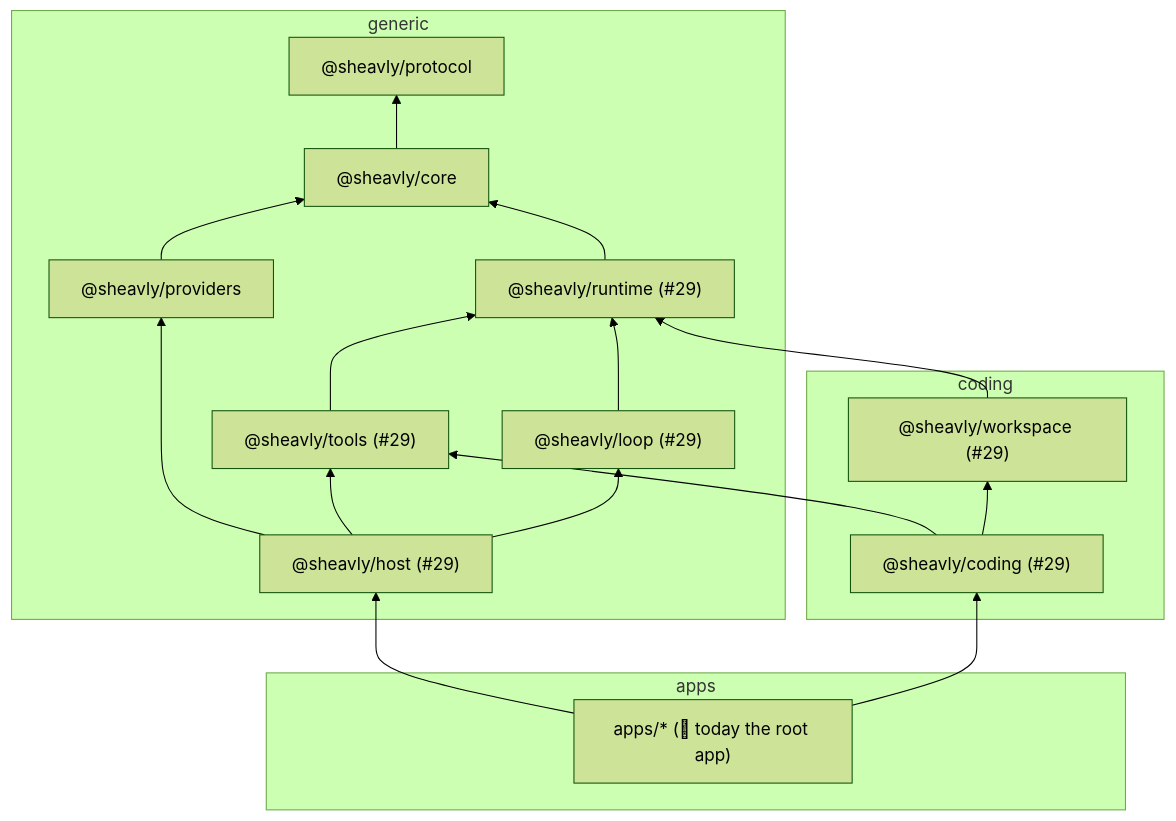
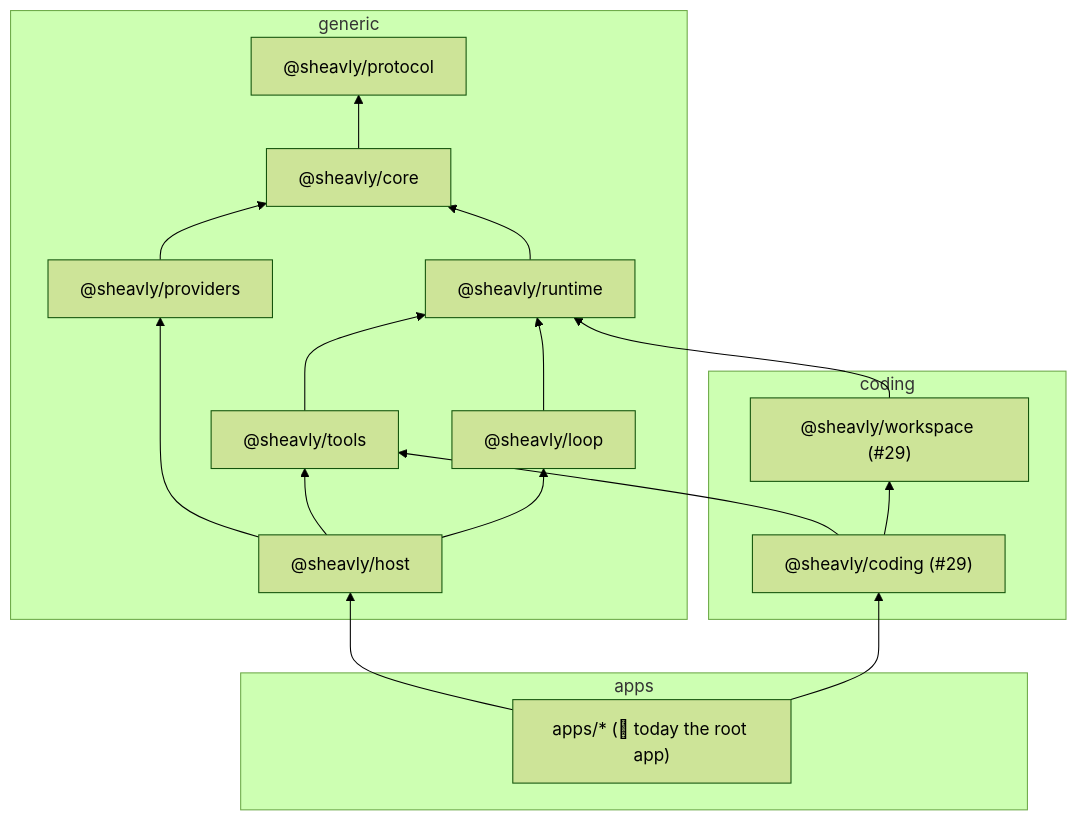
Before and after one commit to Sheavly/code: the diagram in docs/overview.md, drawn with Mermaid (forest theme). The commit also changed other lines of this file and 41 other files, not shown here.

First line of the commit message:
refactor(host): move createHarness into @sheavly/host (#116)

````diff
--- a/docs/overview.md
+++ b/docs/overview.md
@@ -36,28 +36,28 @@
 ```mermaid
 flowchart BT
   subgraph generic
     protocol["@sheavly/protocol"]
     core["@sheavly/core"]
     providers["@sheavly/providers"]
-    runtime["@sheavly/runtime (#29)"]
-    tools["@sheavly/tools (#29)"]
-    loop["@sheavly/loop (#29)"]
-    host["@sheavly/host (#29)"]
+    runtime["@sheavly/runtime"]
+    tools["@sheavly/tools"]
+    loop["@sheavly/loop"]
+    host["@sheavly/host"]
   end
   subgraph coding
     workspace["@sheavly/workspace (#29)"]
     codingPkg["@sheavly/coding (#29)"]
   end
   subgraph apps
     app["apps/* (#29; today the root app)"]
   end
   core --> protocol
   providers --> core
   runtime --> core
   tools --> runtime
   loop --> runtime
   host --> loop & tools & providers
   workspace --> runtime
   codingPkg --> workspace & tools
   app --> host & codingPkg
 ```
````
